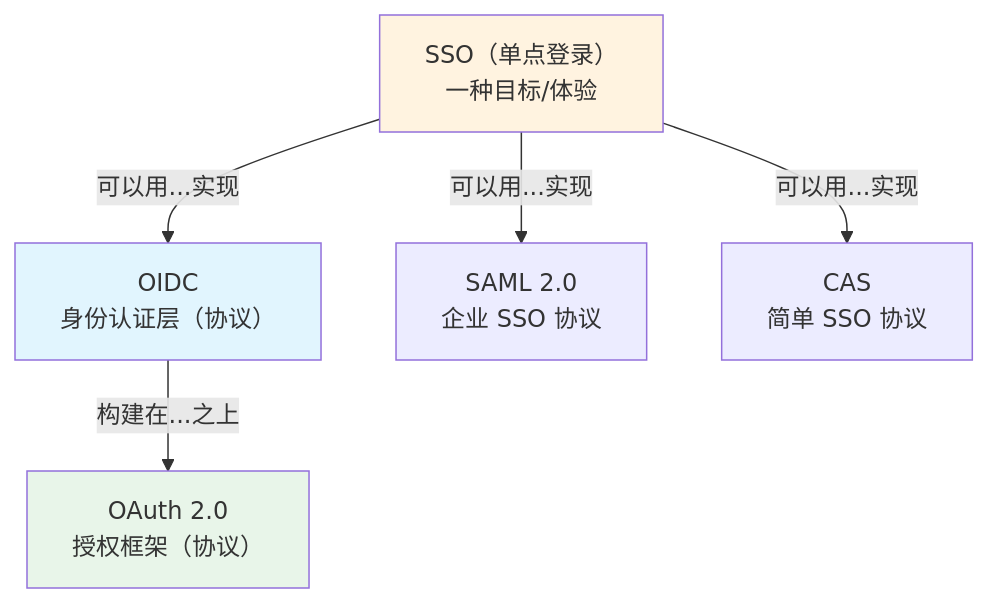
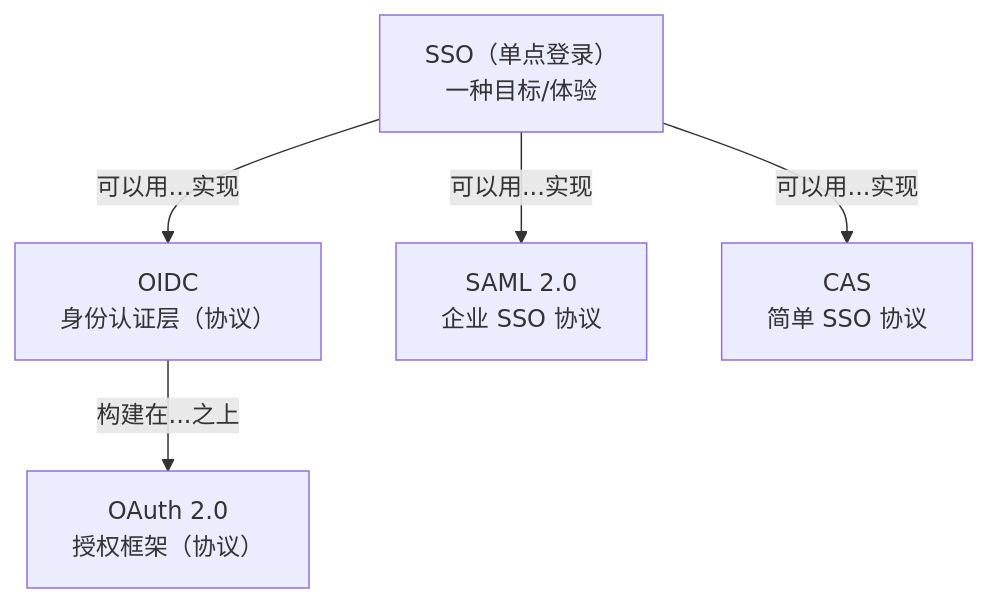
Before and after one commit to luohuidong/auth-tutorial: the ninth of 10 diagrams in docs/sso-architecture.md, drawn with Mermaid. The commit also changed other lines of this file and 8 other files, not shown here.

First line of the commit message:
docs: 移除 mermaid 图表硬编码颜色以兼容 light/dark theme

````diff
--- a/docs/sso-architecture.md
+++ b/docs/sso-architecture.md
@@ -604,17 +602,14 @@
 ```mermaid
 flowchart TB
     SSO["SSO（单点登录）\n一种目标/体验"]
     OAuth["OAuth 2.0\n授权框架（协议）"]
     OIDC["OIDC\n身份认证层（协议）"]
     SAML["SAML 2.0\n企业 SSO 协议"]
     CAS["CAS\n简单 SSO 协议"]
 
     SSO -->|"可以用...实现"| OIDC
     SSO -->|"可以用...实现"| SAML
     SSO -->|"可以用...实现"| CAS
     OIDC -->|"构建在...之上"| OAuth
 
-    style SSO fill:#fff3e0
-    style OIDC fill:#e1f5fe
-    style OAuth fill:#e8f5e9
 ```
````
